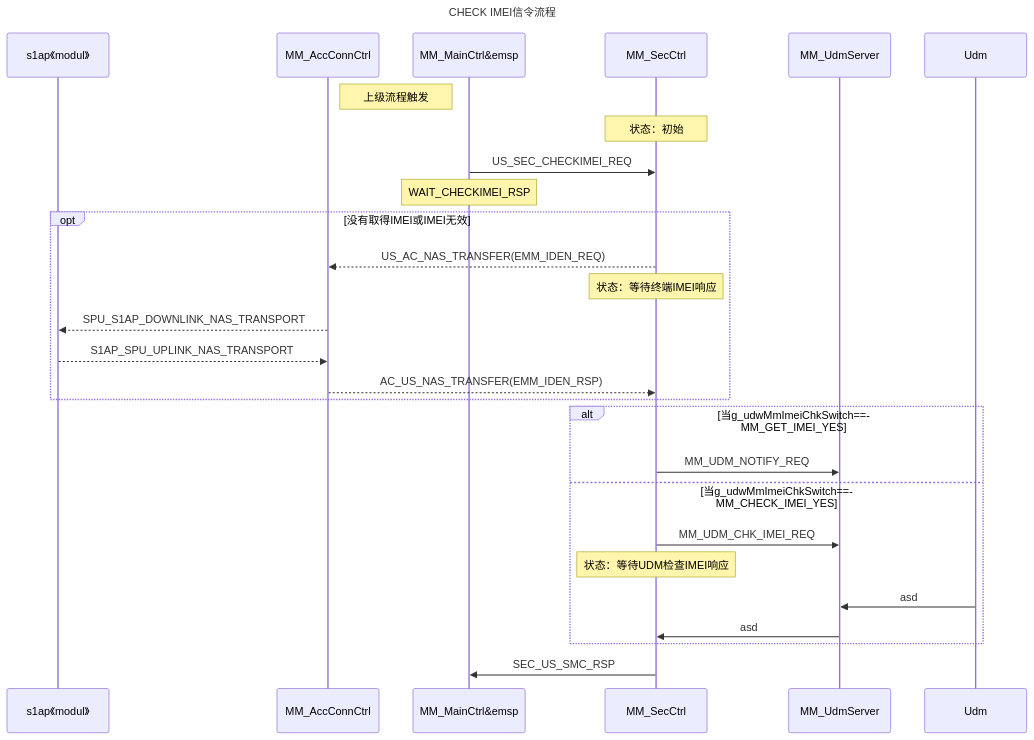
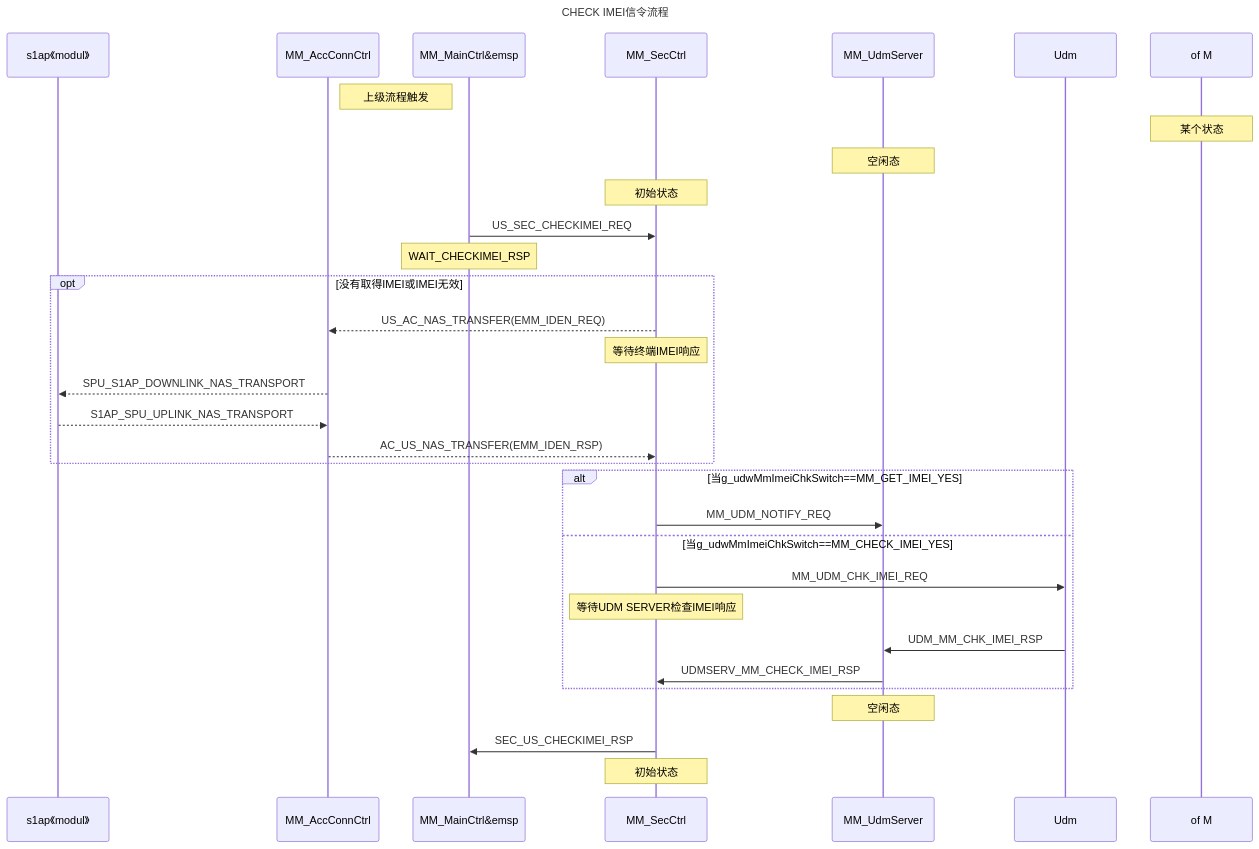
Before and after one commit to liao20081228/blog: the third of 3 diagrams in 4G/SMC与CHECK EMEI.md, drawn with Mermaid.

Commit message:
更新文件 /4G/SMC与CHECK EMEI.md

````diff
--- a/4G/SMC与CHECK EMEI.md
+++ b/4G/SMC与CHECK EMEI.md
@@ -89,36 +89,39 @@
 ```mermaid!
 sequenceDiagram
 
 title: CHECK IMEI信令流程
 participant s1 as s1ap《modul》
 participant A as MM_AccConnCtrl
 participant M as MM_MainCtrl&emsp;
 participant S as MM_SecCtrl
 participant US as MM_UdmServer
 participant U as Udm
 note left of M: 上级流程触发
-note over S: 状态：初始
+note over of M:某个状态
+note over US:空闲态
+note over S: 初始状态
 M->>S:US_SEC_CHECKIMEI_REQ
 note over M:WAIT_CHECKIMEI_RSP
 opt 没有取得IMEI或IMEI无效
 S-->>A:US_AC_NAS_TRANSFER(EMM_IDEN_REQ)
-note over S:状态：等待终端IMEI响应
+note over S:等待终端IMEI响应
 A-->>s1:SPU_S1AP_DOWNLINK_NAS_TRANSPORT
 s1-->>A:S1AP_SPU_UPLINK_NAS_TRANSPORT
 A-->>S:AC_US_NAS_TRANSFER(EMM_IDEN_RSP)
 end
 
 alt 当g_udwMmImeiChkSwitch==MM_GET_IMEI_YES
 S->>US:MM_UDM_NOTIFY_REQ
 
 else 当g_udwMmImeiChkSwitch==MM_CHECK_IMEI_YES
-S->>US:MM_UDM_CHK_IMEI_REQ
-note over S:状态：等待UDM检查IMEI响应
-U->>US:asd
-US->>S:asd
+S->>U:MM_UDM_CHK_IMEI_REQ
+note over S:等待UDM SERVER检查IMEI响应
+U->>US:UDM_MM_CHK_IMEI_RSP
+US->>S:UDMSERV_MM_CHECK_IMEI_RSP
 end
-
-S->>M:SEC_US_SMC_RSP
+note over US:空闲态
+S->>M:SEC_US_CHECKIMEI_RSP
+note over S:初始状态
 
 
 ```
````
